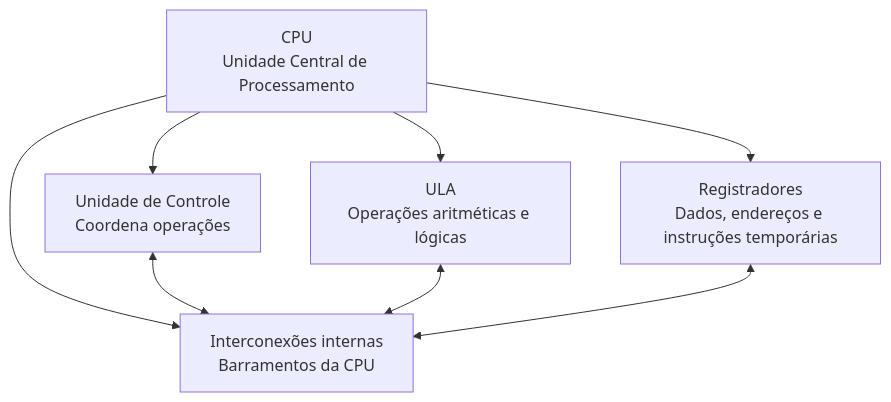
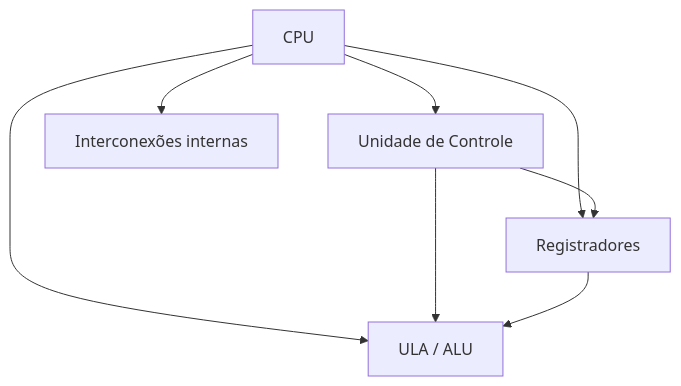
One commit to matheus046z/CompSci-UCB changed the fourth of 9 diagrams in content/MOD 2/SISCOMP/02 Unidades/Unidade 1/Leitura 1.2/Resumos/SISCOMP-1.2-Resumo.md. Above: the diagram before and after it, drawn with Mermaid. The commit also changed other lines of this file, not shown here.

````diff
--- a/content/MOD 2/SISCOMP/02 Unidades/Unidade 1/Leitura 1.2/Resumos/SISCOMP-1.2-Resumo.md
+++ b/content/MOD 2/SISCOMP/02 Unidades/Unidade 1/Leitura 1.2/Resumos/SISCOMP-1.2-Resumo.md
@@ -186,17 +141,16 @@
 ```mermaid
 flowchart TB
-    CPU[CPU<br>Unidade Central de Processamento]
-    UC[Unidade de Controle<br>Coordena operações]
-    ULA[ULA<br>Operações aritméticas e lógicas]
-    REG[Registradores<br>Dados, endereços e instruções temporárias]
-    INT[Interconexões internas<br>Barramentos da CPU]
+    CPU[CPU]
+    UC[Unidade de Controle]
+    ULA[ULA / ALU]
+    REG[Registradores]
+    INT[Interconexões internas]
 
     CPU --> UC
     CPU --> ULA
     CPU --> REG
     CPU --> INT
-
-    UC <--> INT
-    ULA <--> INT
-    REG <--> INT
+    UC --> ULA
+    UC --> REG
+    REG --> ULA
 ```
````
